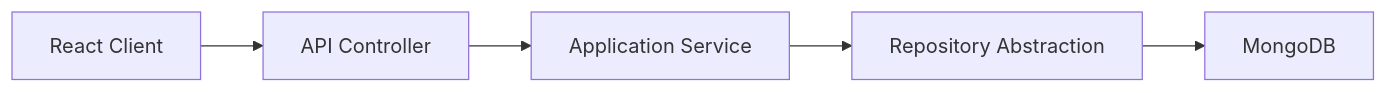
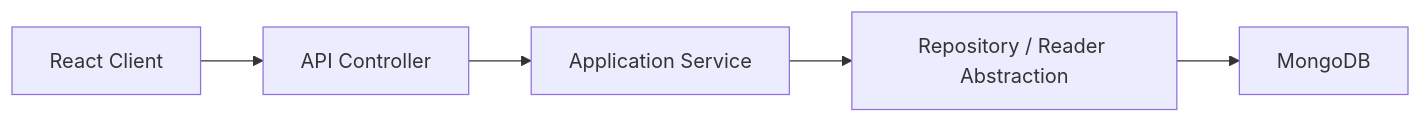
The second of 2 diagrams in README.MD (Denisc1n/knowledge-base-app), drawn with Mermaid before and after one commit. The commit also changed other lines of this file and 19 other files, not shown here.

````diff
--- a/README.MD
+++ b/README.MD
@@ -38,7 +38,7 @@
 ```mermaid
 flowchart LR
     Client["React Client"] --> Controller["API Controller"]
     Controller --> Service["Application Service"]
-    Service --> Repo["Repository Abstraction"]
+    Service --> Repo["Repository / Reader Abstraction"]
     Repo --> Mongo["MongoDB"]
 ```
````
